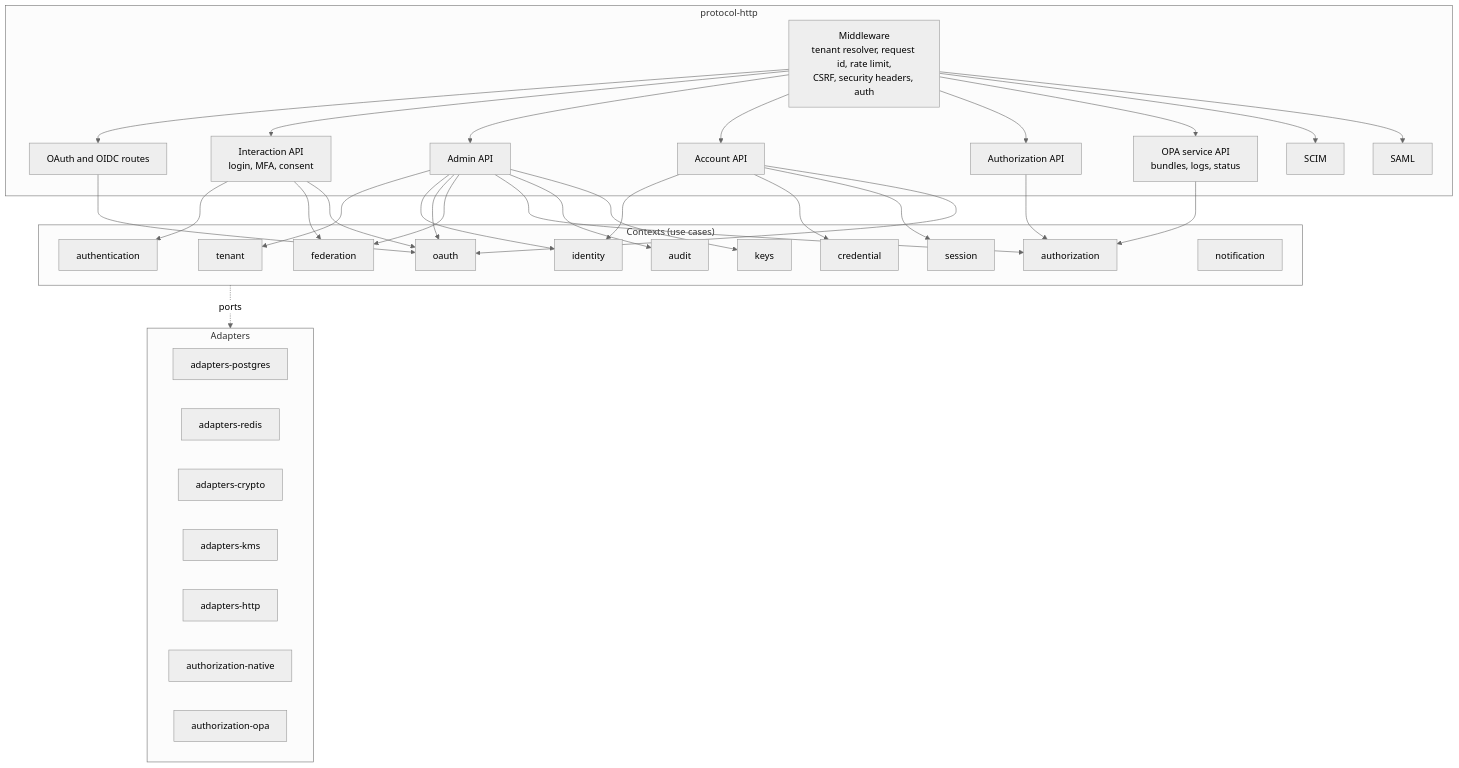
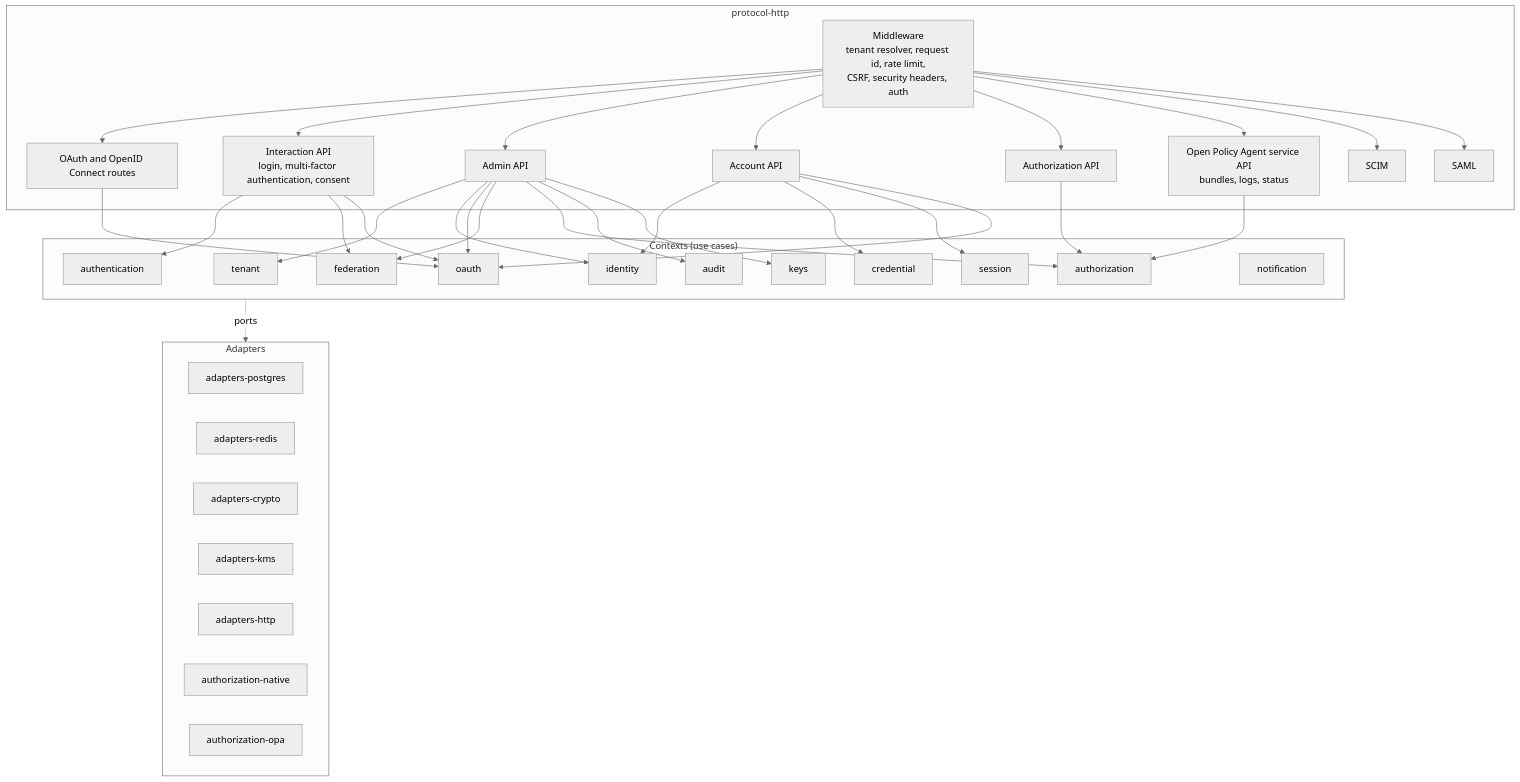
The third of 5 diagrams in docs/architecture/overview.md (ortisun/hodor), drawn with Mermaid (neutral theme) before and after one commit. The commit also changed other lines of this file and 48 other files, not shown here.

````diff
--- a/docs/architecture/overview.md
+++ b/docs/architecture/overview.md
@@ -108,47 +108,47 @@
 ```mermaid
 flowchart TB
     subgraph http["protocol-http"]
         mw["Middleware<br/>tenant resolver, request id, rate limit,<br/>CSRF, security headers, auth"]
-        r_oauth["OAuth and OIDC routes"]
-        r_inter["Interaction API<br/>login, MFA, consent"]
+        r_oauth["OAuth and OpenID Connect routes"]
+        r_inter["Interaction API<br/>login, multi-factor authentication, consent"]
         r_admin["Admin API"]
         r_account["Account API"]
         r_authz["Authorization API"]
-        r_opa["OPA service API<br/>bundles, logs, status"]
+        r_opa["Open Policy Agent service API<br/>bundles, logs, status"]
         r_scim["SCIM"]
         r_saml["SAML"]
     end
 
     subgraph ctx["Contexts (use cases)"]
         tenant
         identity
         credential
         session
         authentication
         federation
         oauth
         keys
         authorization
         audit
         notification
     end
 
     subgraph adapters["Adapters"]
         a_pg["adapters-postgres"]
         a_redis["adapters-redis"]
         a_crypto["adapters-crypto"]
         a_kms["adapters-kms"]
         a_http["adapters-http"]
         a_native["authorization-native"]
         a_opa["authorization-opa"]
     end
 
     mw --> r_oauth & r_inter & r_admin & r_account & r_authz & r_opa & r_scim & r_saml
     r_oauth --> oauth
     r_inter --> authentication & federation & oauth
     r_admin --> tenant & identity & oauth & federation & authorization & audit & keys
     r_account --> identity & credential & session & oauth
     r_authz --> authorization
     r_opa --> authorization
     ctx -. "ports" .-> adapters
 ```
````
